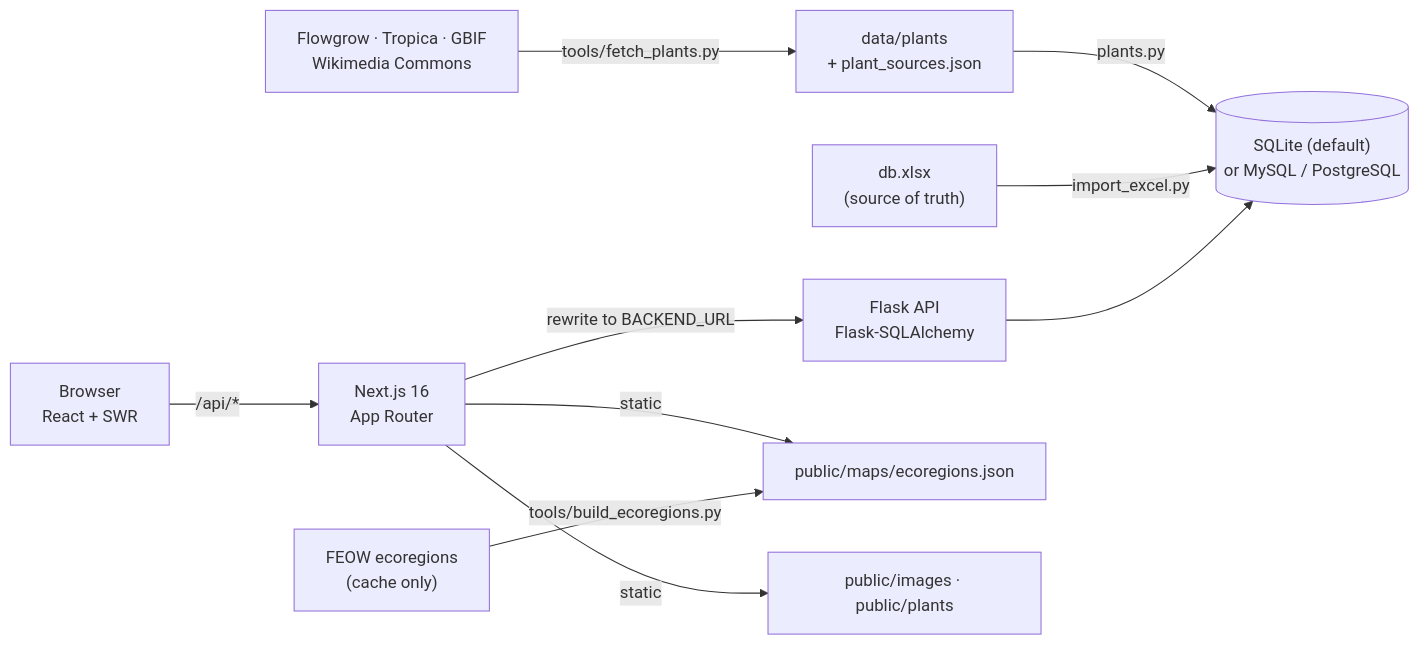
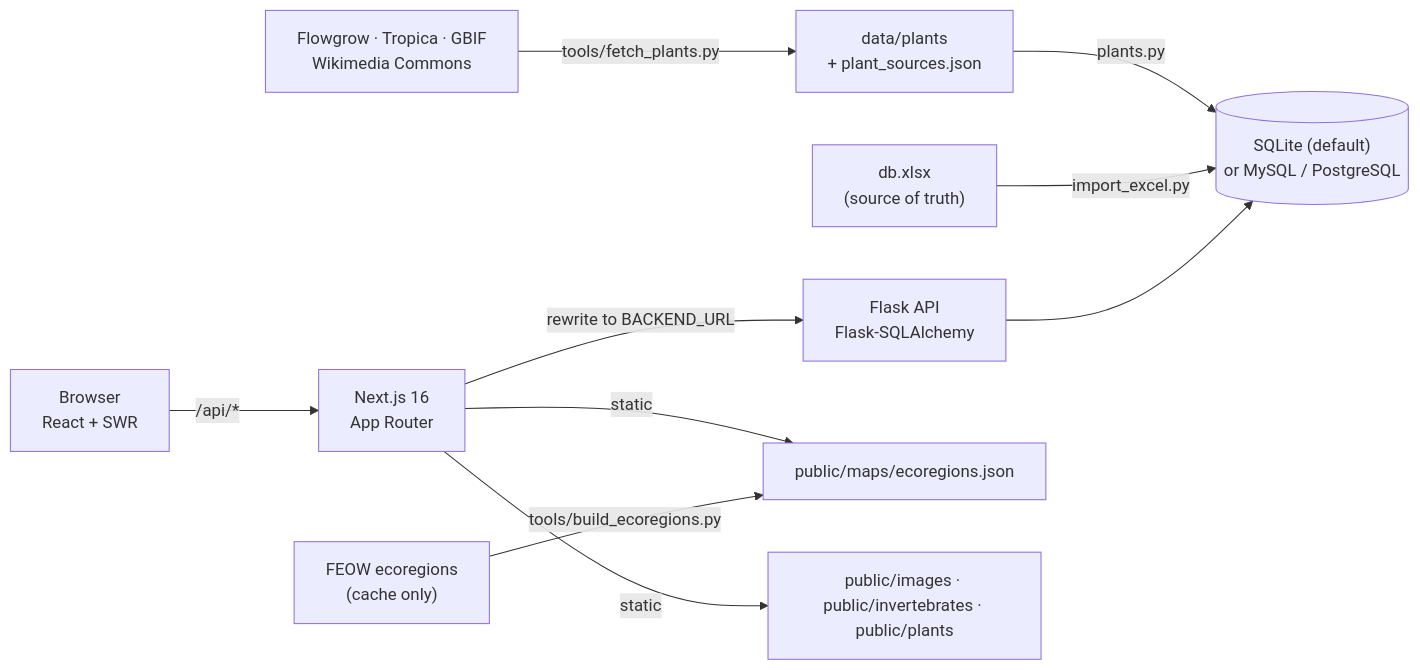
The diagram in README.md (TheGreatArthur/aquariusproject), drawn with Mermaid before and after one commit. The commit also changed other lines of this file and 111 other files, not shown here.

````diff
--- a/README.md
+++ b/README.md
@@ -58,12 +61,12 @@
 ```mermaid
 flowchart LR
     Browser["Browser<br/>React + SWR"] -->|"/api/*"| Next["Next.js 16<br/>App Router"]
     Next -->|"rewrite to BACKEND_URL"| Flask["Flask API<br/>Flask-SQLAlchemy"]
     Flask --> DB[("SQLite (default)<br/>or MySQL / PostgreSQL")]
     Excel["db.xlsx<br/>(source of truth)"] -->|"import_excel.py"| DB
     Sources["Flowgrow · Tropica · GBIF<br/>Wikimedia Commons"] -->|"tools/fetch_plants.py"| Plants["data/plants<br/>+ plant_sources.json"]
     Plants -->|"plants.py"| DB
     FEOW["FEOW ecoregions<br/>(cache only)"] -->|"tools/build_ecoregions.py"| Zones["public/maps/ecoregions.json"]
     Next -->|"static"| Zones
-    Next -->|"static"| Images["public/images · public/plants"]
+    Next -->|"static"| Images["public/images · public/invertebrates · public/plants"]
 ```
````
